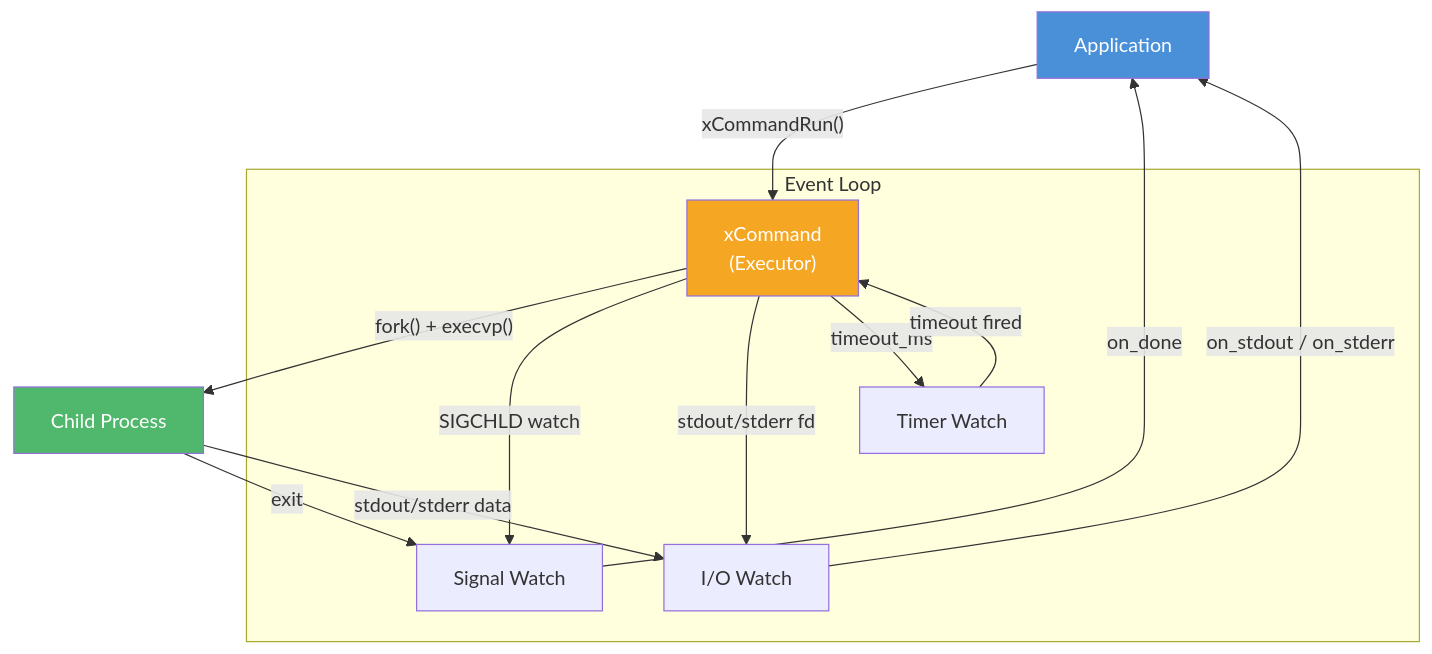
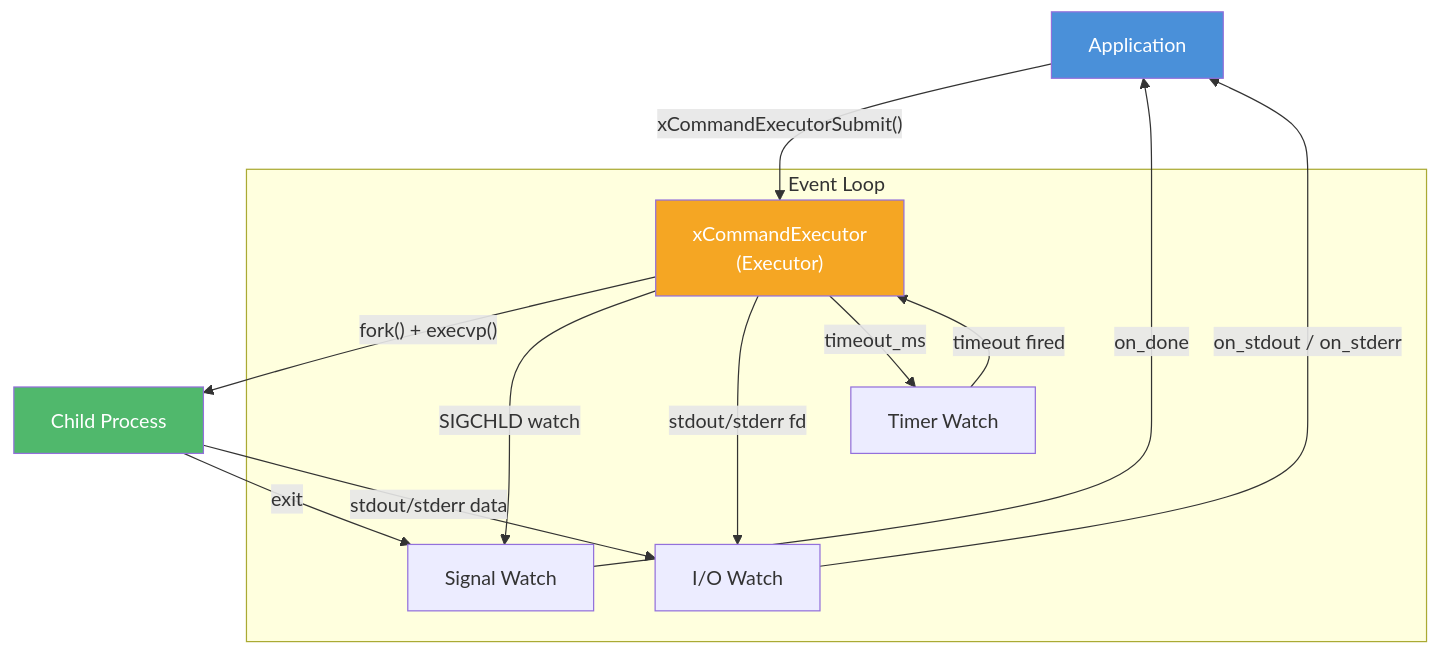
One commit to mivinci/DownloadKit changed the first of 2 diagrams in docs/modules/xbase/cmd.md. Above: the diagram before and after it, drawn with Mermaid. The commit also changed other lines of this file and 4 other files, not shown here.

````diff
--- a/docs/modules/xbase/cmd.md
+++ b/docs/modules/xbase/cmd.md
@@ -21,22 +21,22 @@
 ```mermaid
 graph TD
-    APP["Application"] -->|"xCommandRun()"| EXEC["xCommand<br/>(Executor)"]
+    APP["Application"] -->|"xCommandExecutorSubmit()"| EXEC["xCommandExecutor<br/>(Executor)"]
     EXEC -->|"fork() + execvp()"| CHILD["Child Process"]
 
     subgraph "Event Loop"
         EXEC -->|"SIGCHLD watch"| SIGCHLD["Signal Watch"]
         EXEC -->|"stdout/stderr fd"| IOWATCH["I/O Watch"]
         EXEC -->|"timeout_ms"| TIMER["Timer Watch"]
     end
 
     CHILD -->|"exit"| SIGCHLD
     CHILD -->|"stdout/stderr data"| IOWATCH
     TIMER -->|"timeout fired"| EXEC
 
     SIGCHLD -->|"on_done"| APP
     IOWATCH -->|"on_stdout / on_stderr"| APP
 
     style APP fill:#4a90d9,color:#fff
     style EXEC fill:#f5a623,color:#fff
     style CHILD fill:#50b86c,color:#fff
 ```
````
